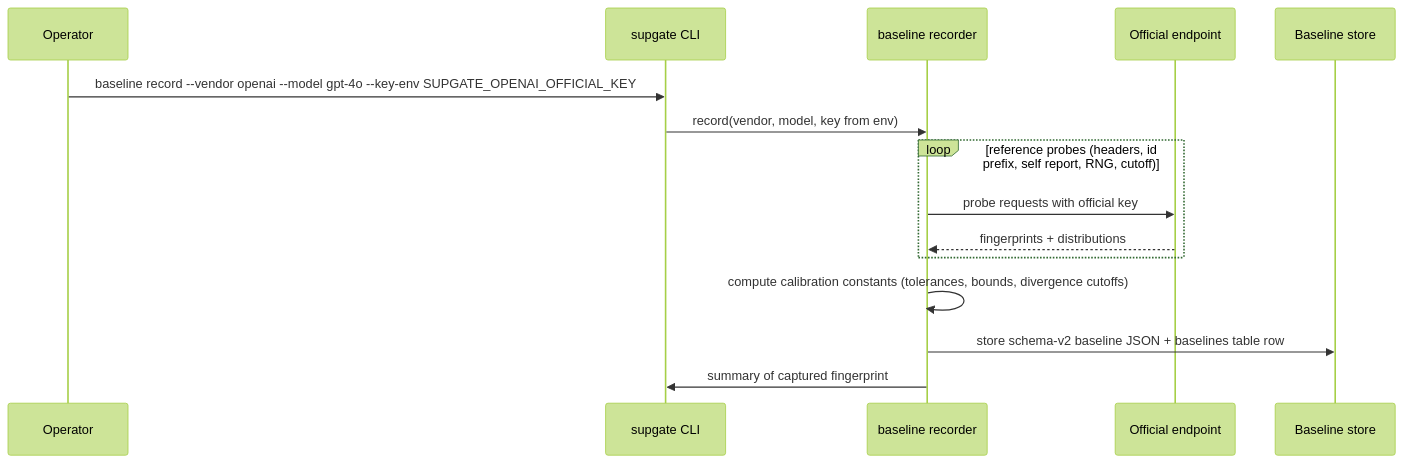
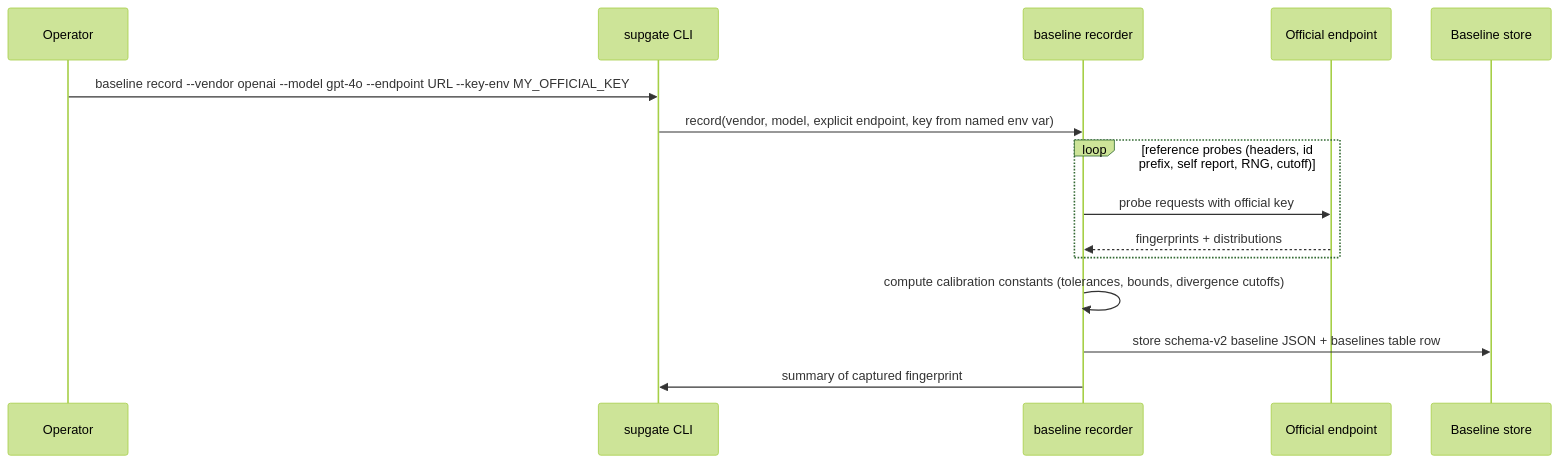
Before and after one commit to Kyoo032/VERITAS: the fourth of 4 diagrams in docs/03-evaluation-flow.md, drawn with Mermaid (forest theme). The commit also changed other lines of this file and 57 other files, not shown here.

First line of the commit message:
VERITAS: M2 supplier assurance (D4/D2/D8, baselines, vetoes, schema-2)

````diff
--- a/docs/03-evaluation-flow.md
+++ b/docs/03-evaluation-flow.md
@@ -388,19 +388,19 @@
 ```mermaid
 sequenceDiagram
     participant OP as Operator
     participant CLI as supgate CLI
     participant BL as baseline recorder
     participant "OFF" as Official endpoint
     participant BS as Baseline store
 
-    OP->>CLI: baseline record --vendor openai --model gpt-4o --key-env SUPGATE_OPENAI_OFFICIAL_KEY
-    CLI->>BL: record(vendor, model, key from env)
+    OP->>CLI: baseline record --vendor openai --model gpt-4o --endpoint URL --key-env MY_OFFICIAL_KEY
+    CLI->>BL: record(vendor, model, explicit endpoint, key from named env var)
     loop reference probes (headers, id prefix, self report, RNG, cutoff)
         BL->>"OFF": probe requests with official key
         "OFF"-->>BL: fingerprints + distributions
     end
 
     BL->>BL: compute calibration constants (tolerances, bounds, divergence cutoffs)
     BL->>BS: store schema-v2 baseline JSON + baselines table row
     BL->>CLI: summary of captured fingerprint
 ```
````
